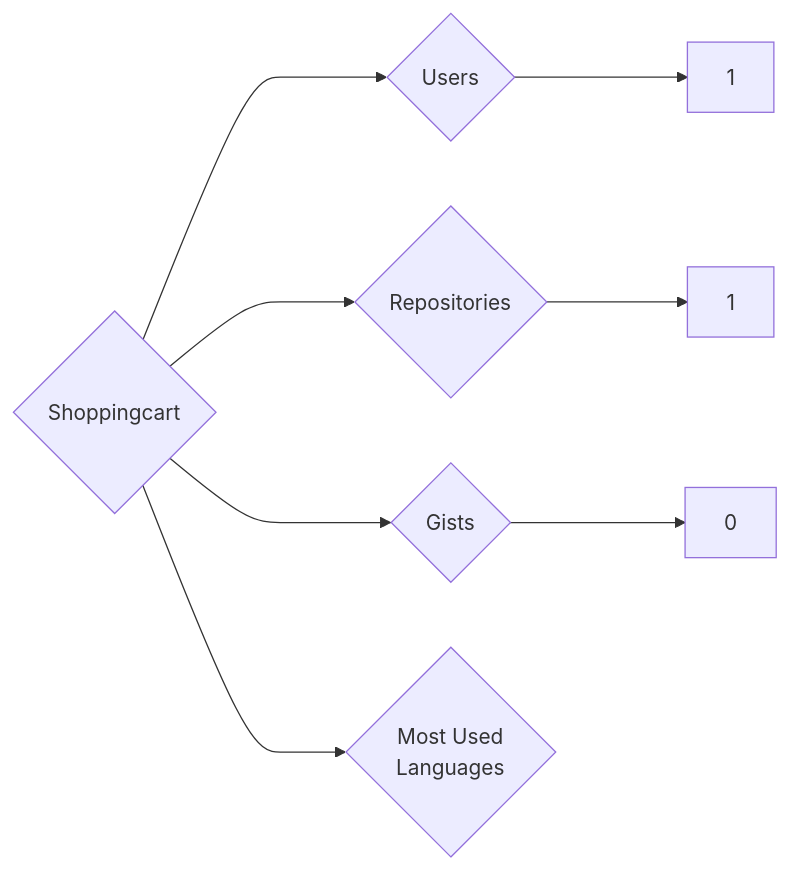
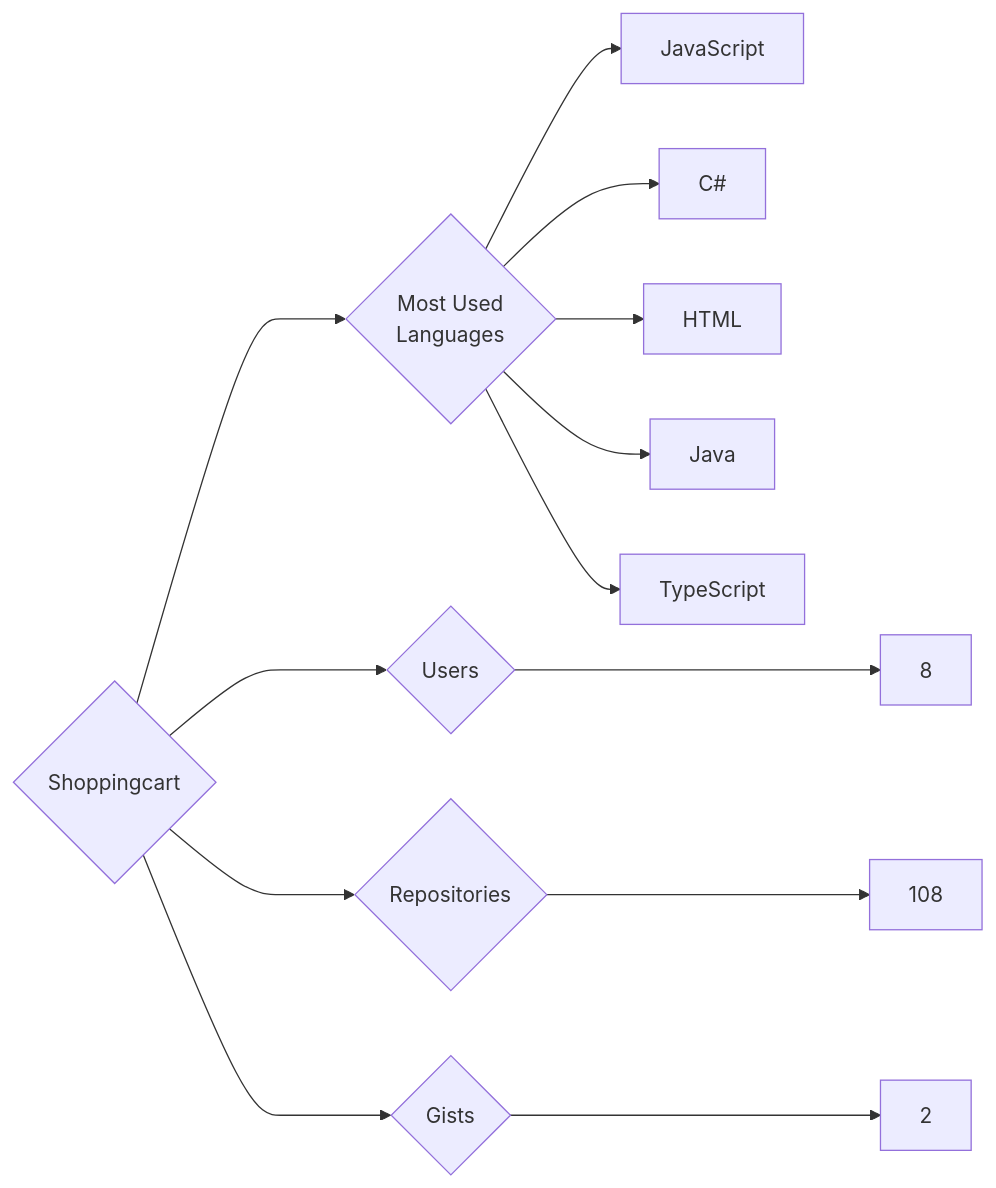
Before and after one commit to trickest/insiders: the diagram in targets/Shoppingcart/README.md, drawn with Mermaid. The commit also changed 1696 other files, not shown here.

````diff
--- a/targets/Shoppingcart/README.md
+++ b/targets/Shoppingcart/README.md
@@ -3,8 +3,13 @@
 ```mermaid
 graph LR
 COMPANY_NAME{Shoppingcart}
-COMPANY_NAME ---> U{Users} ---> UN[1]
-COMPANY_NAME ---> R{Repositories} ---> RN[1]
-COMPANY_NAME ---> G{Gists} ---> GN[0]
+COMPANY_NAME ---> U{Users} ---> UN[8]
+COMPANY_NAME ---> R{Repositories} ---> RN[108]
+COMPANY_NAME ---> G{Gists} ---> GN[2]
 COMPANY_NAME ---> ML{Most Used<br>Languages}
+ML --> JavaScript[JavaScript]
+ML --> C#[C#]
+ML --> HTML[HTML]
+ML --> Java[Java]
+ML --> TypeScript[TypeScript]
 ```
````
